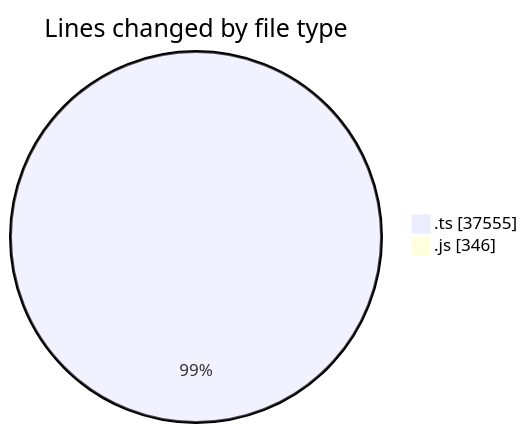
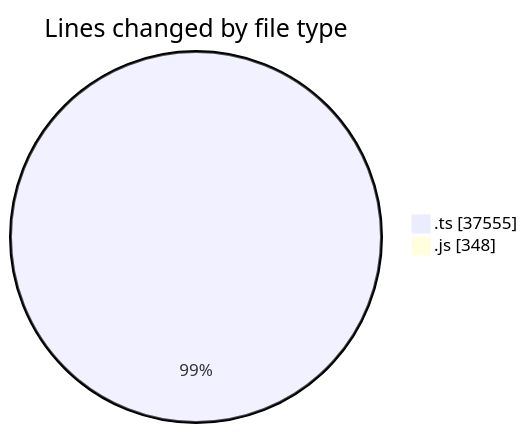
Before and after one commit to momahboobian/code-tracking: the first of 2 diagrams in 2025-09-29/cda/README.md, drawn with Mermaid. The commit also changed other lines of this file and 1 other file, not shown here.

````diff
--- a/2025-09-29/cda/README.md
+++ b/2025-09-29/cda/README.md
@@ -25,6 +25,6 @@
 ```mermaid
 pie showData
 title Lines changed by file type
 ".ts" : 37555
-".js" : 346
+".js" : 348
 ```
````
